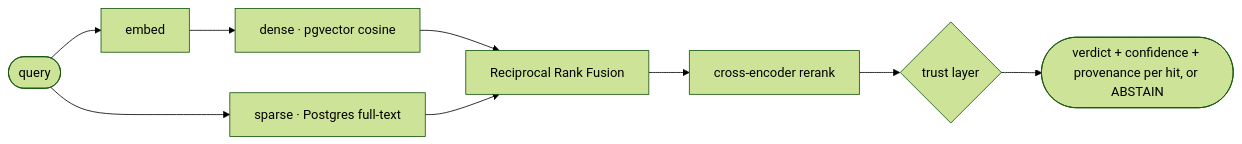
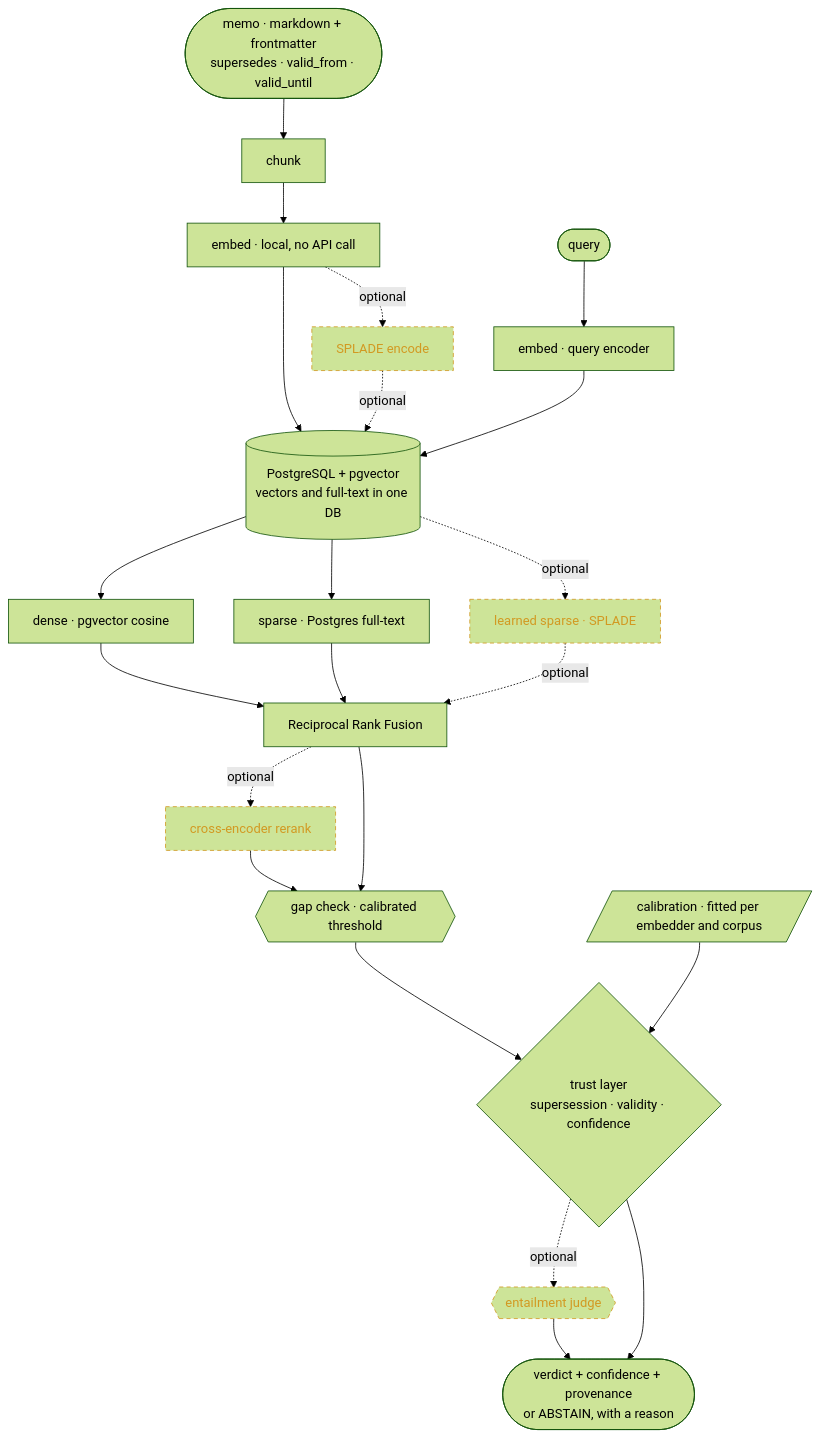
One commit to GiulioDER/RE-call changed the diagram in README.md. Above: the diagram before and after it, drawn with Mermaid (forest theme). The commit also changed other lines of this file, not shown here.

````diff
--- a/README.md
+++ b/README.md
@@ -358,11 +358,31 @@
 ```mermaid
-flowchart LR
-    Q([query]) --> E[embed]
-    E --> D[dense · pgvector cosine]
-    Q --> S[sparse · Postgres full-text]
-    D --> F[Reciprocal Rank Fusion]
-    S --> F
-    F --> R[cross-encoder rerank]
-    R --> G{trust layer}
-    G --> O([verdict + confidence + provenance per hit, or ABSTAIN])
+flowchart TB
+    M([memo · markdown + frontmatter<br/>supersedes · valid_from · valid_until]) --> CH[chunk]
+    CH --> EW[embed · local, no API call]
+    EW -. optional .-> SP[SPLADE encode]
+    EW --> DB
+    SP -. optional .-> DB
+
+    Q([query]) --> EQ[embed · query encoder]
+    EQ --> DB[(PostgreSQL + pgvector<br/>vectors and full-text in one DB)]
+
+    DB --> DN[dense · pgvector cosine]
+    DB --> SL[sparse · Postgres full-text]
+    DB -. optional .-> LS[learned sparse · SPLADE]
+
+    DN --> F[Reciprocal Rank Fusion]
+    SL --> F
+    LS -. optional .-> F
+
+    F -. optional .-> RR[cross-encoder rerank]
+    RR --> GP
+    F --> GP{{gap check · calibrated threshold}}
+    GP --> TR{trust layer<br/>supersession · validity · confidence}
+    CAL[/calibration · fitted per embedder and corpus/] --> TR
+    TR -. optional .-> EJ{{entailment judge}}
+    EJ --> OUT
+    TR --> OUT([verdict + confidence + provenance<br/>or ABSTAIN, with a reason])
+
+    classDef opt stroke:#d29922,color:#d29922,stroke-dasharray:5 4
+    class SP,LS,RR,EJ opt
 ```
````
